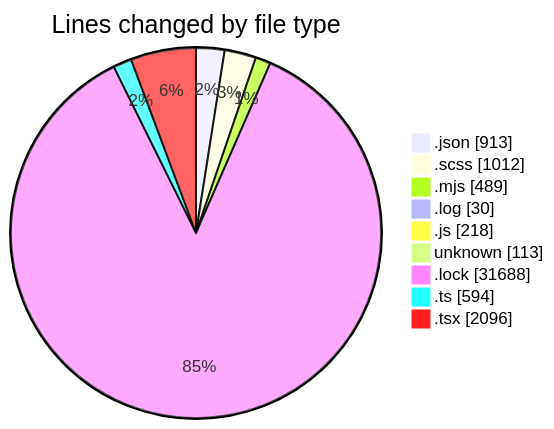
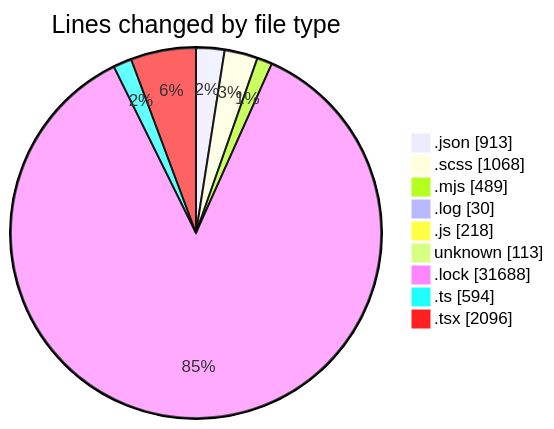
One commit to momahboobian/code-tracking changed the first of 2 diagrams in 2026-08-12/cda/README.md. Above: the diagram before and after it, drawn with Mermaid. The commit also changed other lines of this file and 1 other file, not shown here.

````diff
--- a/2026-08-12/cda/README.md
+++ b/2026-08-12/cda/README.md
@@ -60,13 +60,13 @@
 ```mermaid
 pie showData
 title Lines changed by file type
 ".json" : 913
-".scss" : 1012
+".scss" : 1068
 ".mjs" : 489
 ".log" : 30
 ".js" : 218
 "unknown" : 113
 ".lock" : 31688
 ".ts" : 594
 ".tsx" : 2096
 ```
````
